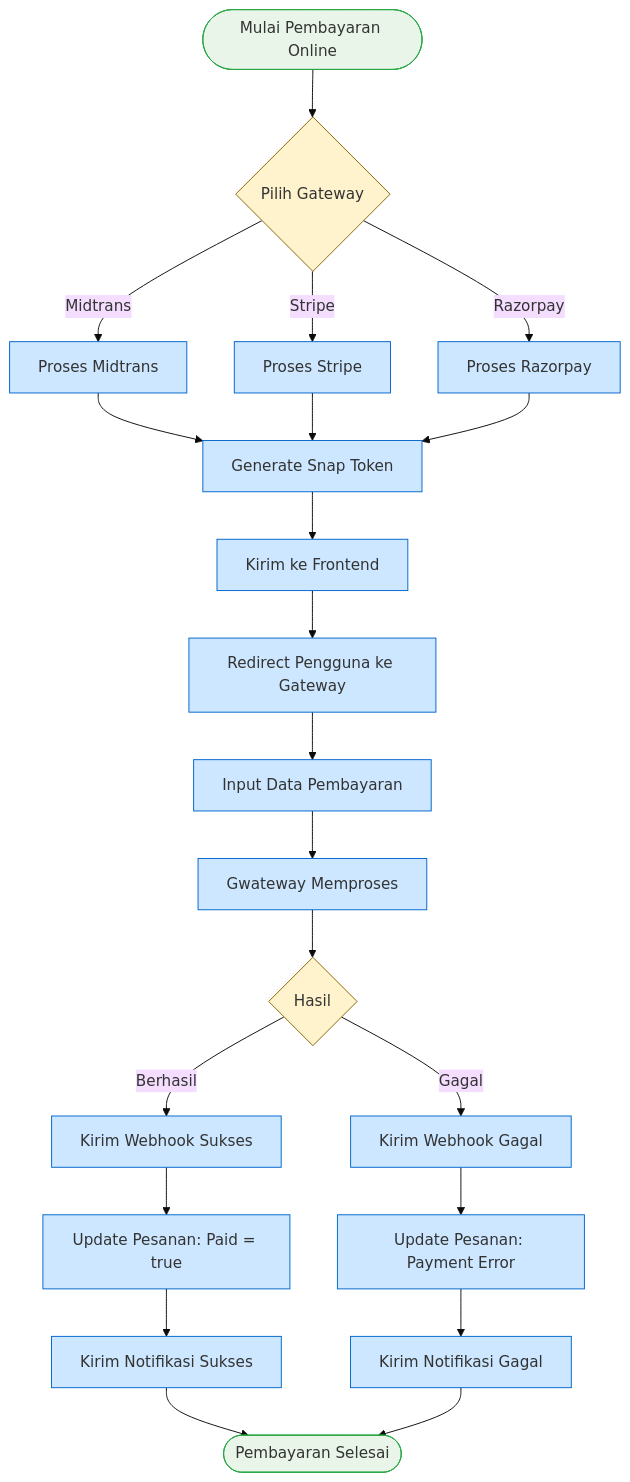
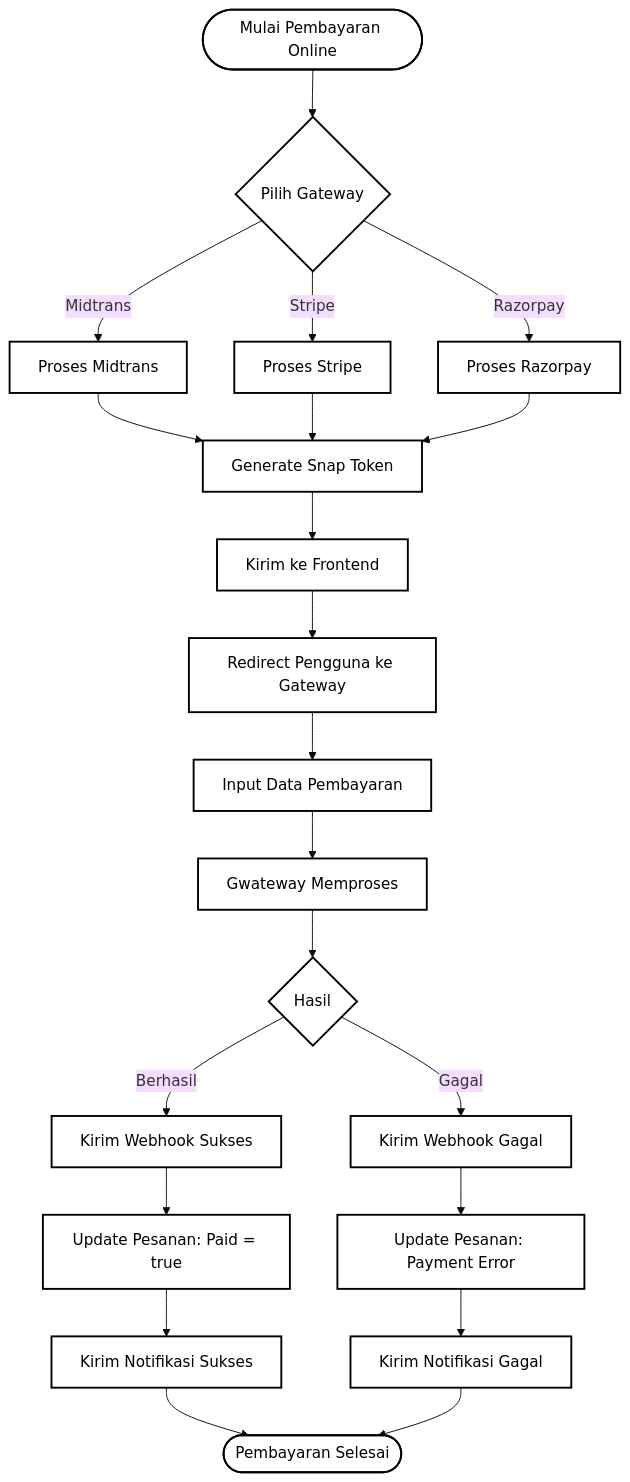
Diagram 12 of 14 in README.md (Grinti123/gerai-ayra-fullstack), drawn with Mermaid (base theme) before and after one commit. The commit also changed other lines of this file, not shown here.

````diff
--- a/README.md
+++ b/README.md
@@ -467,38 +461,33 @@
 ```mermaid
 flowchart TD
     StartPG([Mulai Pembayaran Online]) --> SelectGateway{Pilih Gateway}
     SelectGateway -->|Midtrans| MidtransProcess[Proses Midtrans]
     SelectGateway -->|Stripe| StripeProcess[Proses Stripe]
     SelectGateway -->|Razorpay| RazorpayProcess[Proses Razorpay]
 
     MidtransProcess --> GenerateToken[Generate Snap Token]
     StripeProcess --> GenerateToken
     RazorpayProcess --> GenerateToken
 
     GenerateToken --> SendToFrontend[Kirim ke Frontend]
     SendToFrontend --> RedirectUser[Redirect Pengguna ke Gateway]
     RedirectUser --> UserInput[Input Data Pembayaran]
 
     UserInput --> GatewayProcess[Gwateway Memproses]
     GatewayProcess --> GatewayResult{Hasil}
     GatewayResult -->|Berhasil| SuccessWebhook[Kirim Webhook Sukses]
     GatewayResult -->|Gagal| FailedWebhook[Kirim Webhook Gagal]
 
     SuccessWebhook --> UpdateOrderSuccess[Update Pesanan: Paid = true]
     FailedWebhook --> UpdateOrderFailed[Update Pesanan: Payment Error]
 
     UpdateOrderSuccess --> NotifySuccess[Kirim Notifikasi Sukses]
     UpdateOrderFailed --> NotifyFailed[Kirim Notifikasi Gagal]
 
     NotifySuccess --> EndPG([Pembayaran Selesai])
     NotifyFailed --> EndPG
 
-    classDef startend fill:#e8f5e8,stroke:#28a745
-    classDef process fill:#cce7ff,stroke:#0066cc
-    classDef decision fill:#fff3cd,stroke:#856404
-    classDef gateway fill:#fce4ec,stroke:#c2185b
+    classDef default fill:#ffffff,stroke:#000000,stroke-width:2px,color:#000000
 
-    class StartPG,EndPG startend
-    class MidtransProcess,StripeProcess,RazorpayProcess,GenerateToken,SendToFrontend,RedirectUser,UserInput,GatewayProcess,SuccessWebhook,FailedWebhook,UpdateOrderSuccess,UpdateOrderFailed,NotifySuccess,NotifyFailed process
-    class SelectGateway,GatewayResult decision
+    class StartPG,EndPG,MidtransProcess,StripeProcess,RazorpayProcess,GenerateToken,SendToFrontend,RedirectUser,UserInput,GatewayProcess,SuccessWebhook,FailedWebhook,UpdateOrderSuccess,UpdateOrderFailed,NotifySuccess,NotifyFailed default
 ```
````
